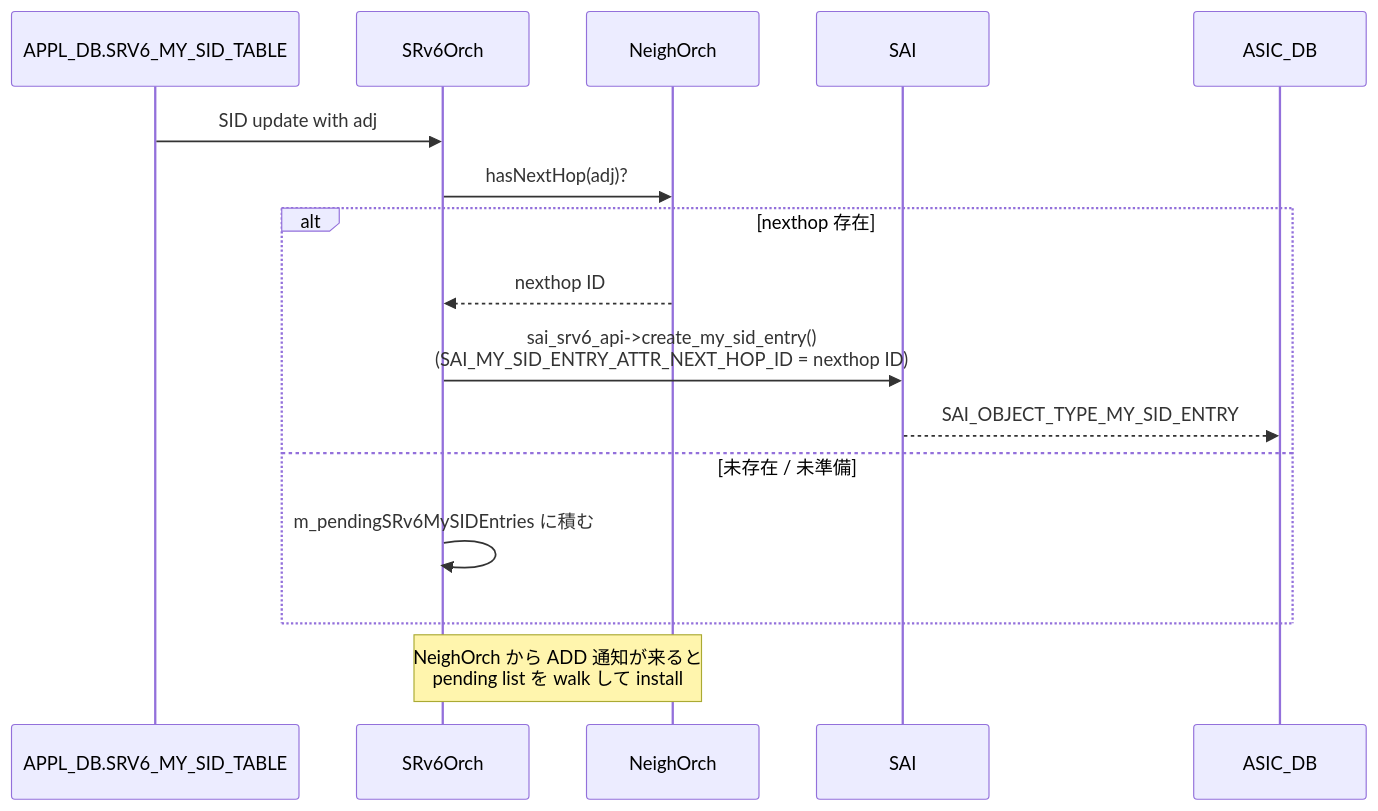
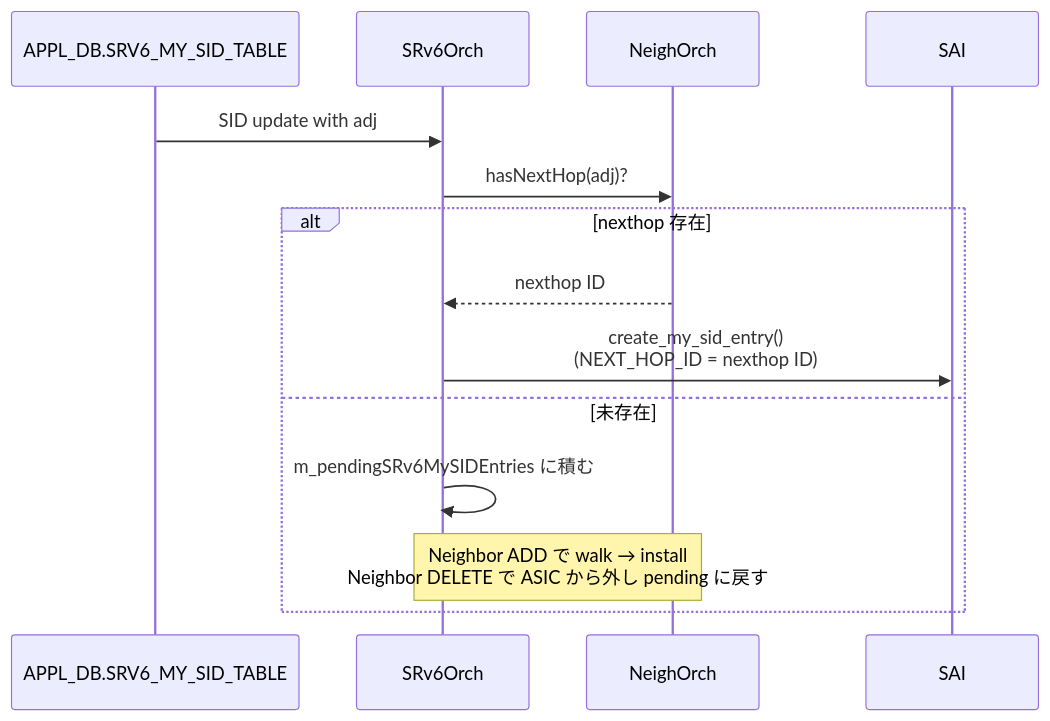
The diagram in docs/routing/srv6-sid-l3adj.md (aoki-taquan/sonic-unofficial-docs), drawn with Mermaid before and after one commit. The commit also changed other lines of this file and 7 other files, not shown here.

````diff
--- a/docs/routing/srv6-sid-l3adj.md
+++ b/docs/routing/srv6-sid-l3adj.md
@@ -42,18 +36,16 @@
 ```mermaid
 sequenceDiagram
     participant ADB as APPL_DB.SRV6_MY_SID_TABLE
     participant SRO as SRv6Orch
     participant NO as NeighOrch
     participant SAI
-    participant ASIC as ASIC_DB
     ADB->>SRO: SID update with adj
     SRO->>NO: hasNextHop(adj)?
     alt nexthop 存在
         NO-->>SRO: nexthop ID
-        SRO->>SAI: sai_srv6_api->create_my_sid_entry()<br/>(SAI_MY_SID_ENTRY_ATTR_NEXT_HOP_ID = nexthop ID)
-        SAI-->>ASIC: SAI_OBJECT_TYPE_MY_SID_ENTRY
-    else 未存在 / 未準備
+        SRO->>SAI: create_my_sid_entry()<br/>(NEXT_HOP_ID = nexthop ID)
+    else 未存在
         SRO->>SRO: m_pendingSRv6MySIDEntries に積む
+        Note over NO,SRO: Neighbor ADD で walk → install<br/>Neighbor DELETE で ASIC から外し pending に戻す
     end
-    Note over NO,SRO: NeighOrch から ADD 通知が来ると<br/>pending list を walk して install
 ```
````
